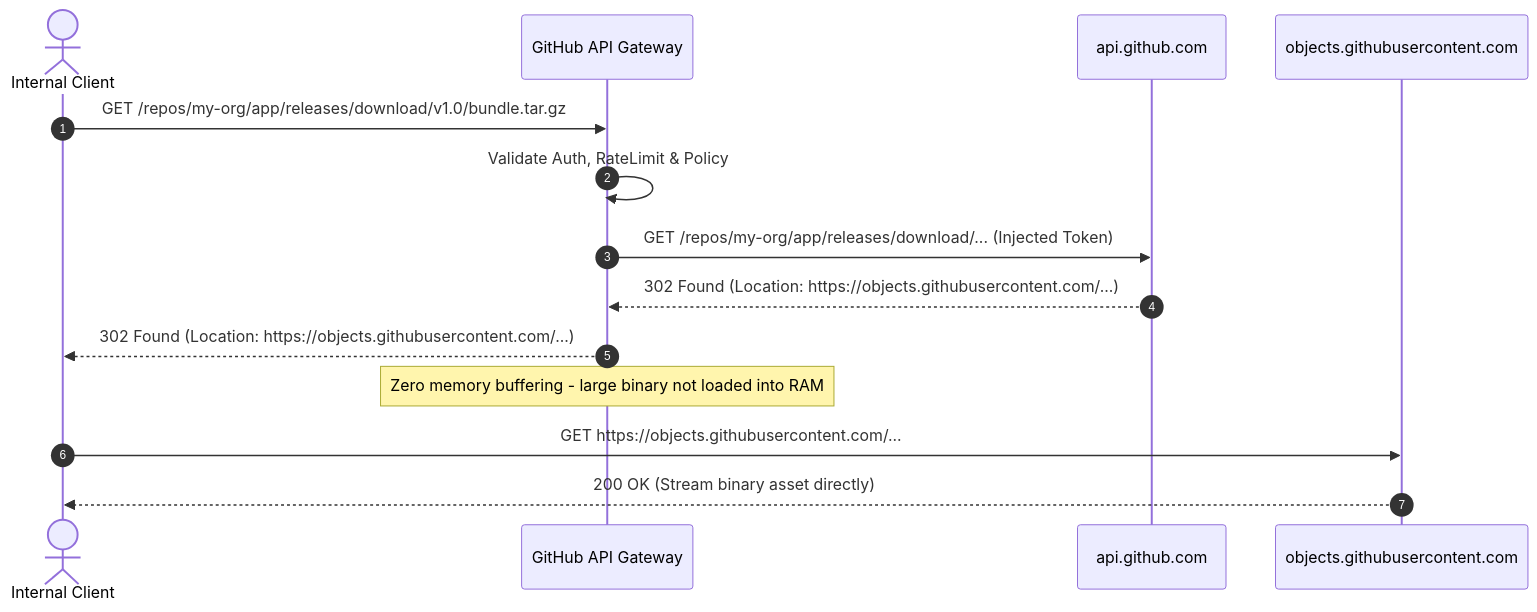
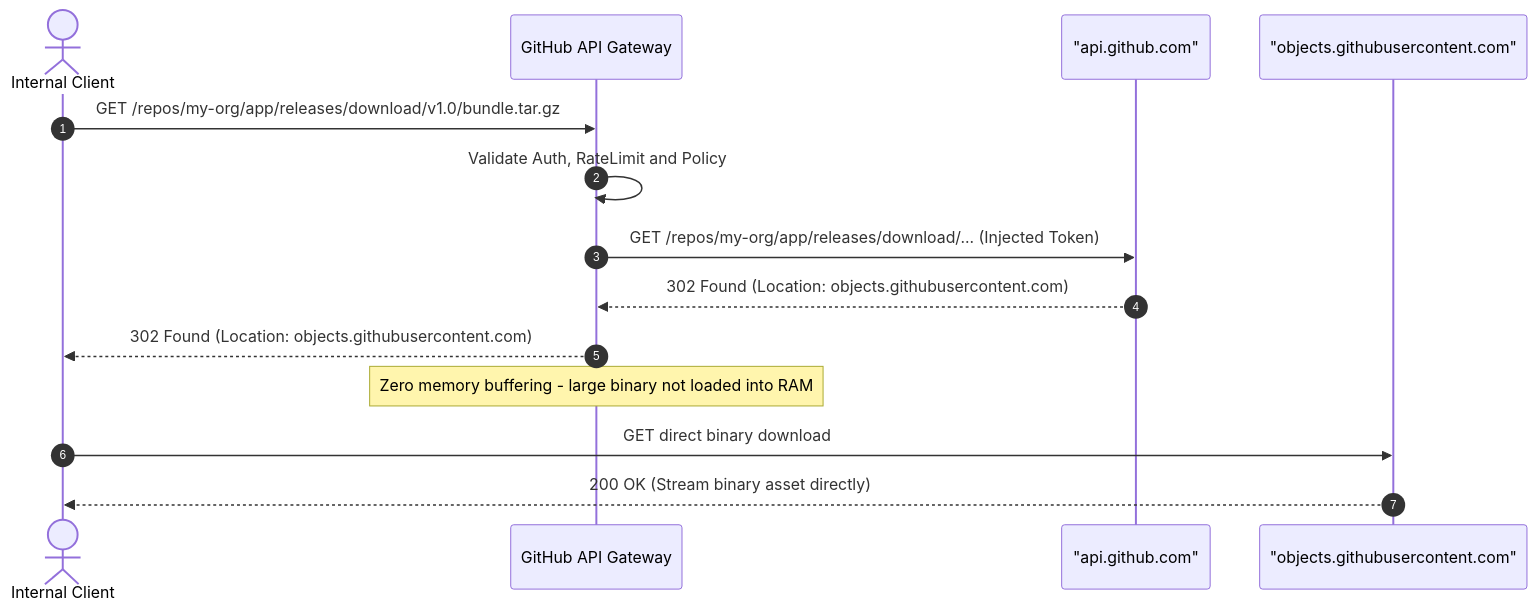
One commit to kjaapelania/github-api-gateway changed the fourth of 8 diagrams in docs/architecture.md. Above: the diagram before and after it, drawn with Mermaid. The commit also changed other lines of this file and 10 other files, not shown here.

Commit message:
docs: resolve Mermaid rendering bugs and provide pre-rendered vector SVGs for all UML diagrams

````diff
--- a/docs/architecture.md
+++ b/docs/architecture.md
@@ -184,17 +212,17 @@
 ```mermaid
 sequenceDiagram
     autonumber
     actor Client as Internal Client
     participant Gateway as GitHub API Gateway
-    participant GitHub as api.github.com
-    participant S3 as objects.githubusercontent.com
+    participant GitHub as "api.github.com"
+    participant S3 as "objects.githubusercontent.com"
 
     Client->>Gateway: GET /repos/my-org/app/releases/download/v1.0/bundle.tar.gz
-    Gateway->>Gateway: Validate Auth, RateLimit & Policy
+    Gateway->>Gateway: Validate Auth, RateLimit and Policy
     Gateway->>GitHub: GET /repos/my-org/app/releases/download/... (Injected Token)
-    GitHub-->>Gateway: 302 Found (Location: https://objects.githubusercontent.com/...)
-    Gateway-->>Client: 302 Found (Location: https://objects.githubusercontent.com/...)
+    GitHub-->>Gateway: 302 Found (Location: objects.githubusercontent.com)
+    Gateway-->>Client: 302 Found (Location: objects.githubusercontent.com)
     Note over Gateway: Zero memory buffering - large binary not loaded into RAM
-    Client->>S3: GET https://objects.githubusercontent.com/...
+    Client->>S3: GET direct binary download
     S3-->>Client: 200 OK (Stream binary asset directly)
 ```
````
